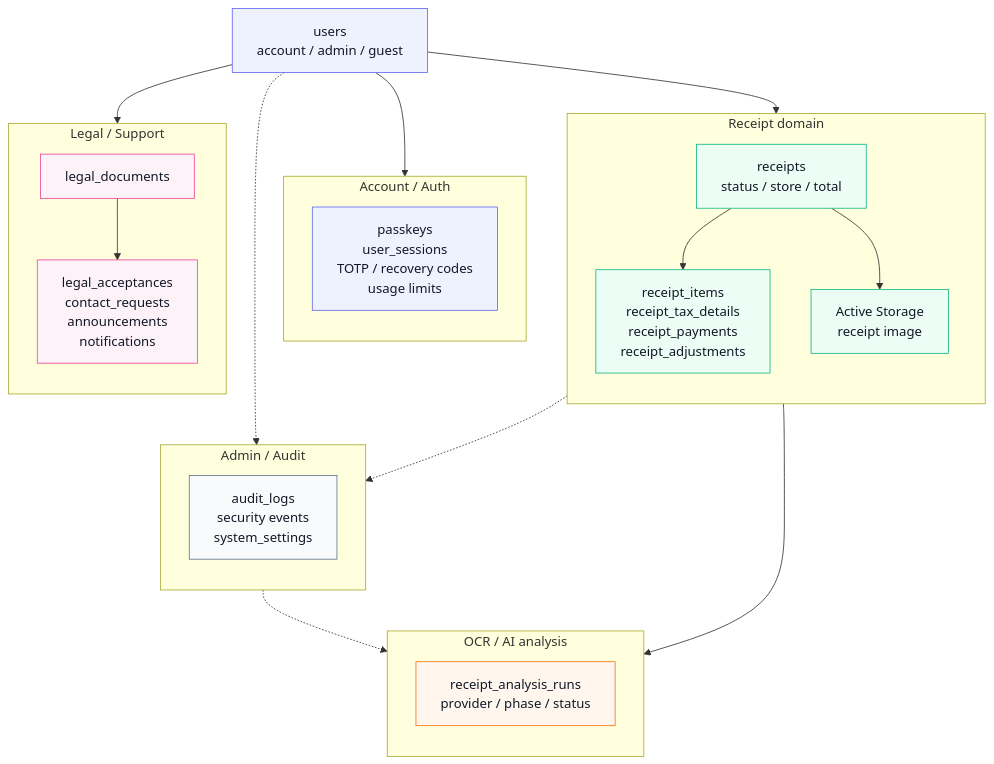
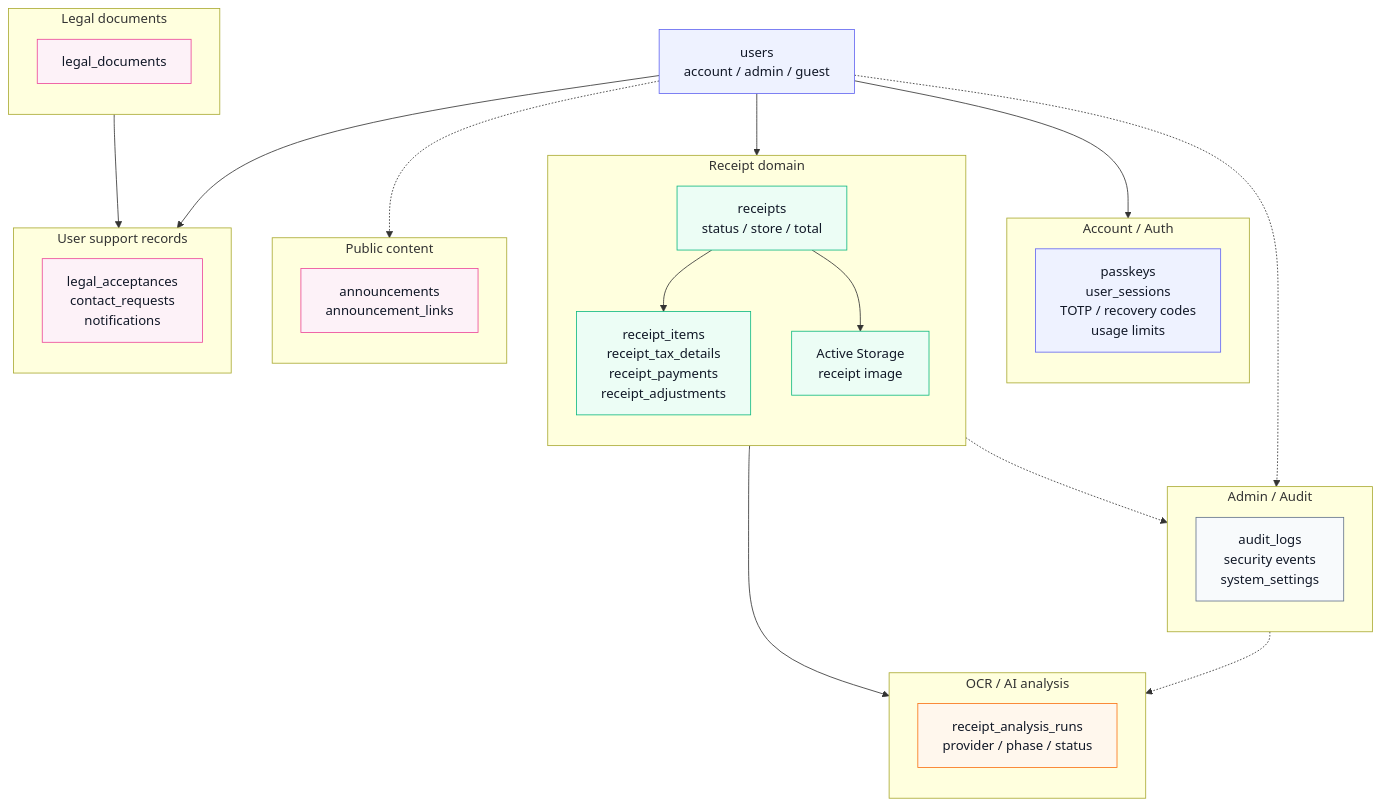
Before and after one commit to matsumoto219/Recify: the diagram in README.md, drawn with Mermaid. The commit also changed other lines of this file and 2 other files, not shown here.

````diff
--- a/README.md
+++ b/README.md
@@ -140,55 +168,65 @@
 ```mermaid
 flowchart TB
   users["users<br/>account / admin / guest"]
 
   subgraph auth["Account / Auth"]
     direction TB
     auth_records["passkeys<br/>user_sessions<br/>TOTP / recovery codes<br/>usage limits"]
   end
 
   subgraph receipt["Receipt domain"]
     direction TB
     receipts["receipts<br/>status / store / total"]
     receipt_details["receipt_items<br/>receipt_tax_details<br/>receipt_payments<br/>receipt_adjustments"]
     attachments["Active Storage<br/>receipt image"]
   end
 
   subgraph analysis["OCR / AI analysis"]
     direction TB
     runs["receipt_analysis_runs<br/>provider / phase / status"]
   end
 
-  subgraph support["Legal / Support"]
+  subgraph legal["Legal documents"]
     direction TB
     legal_documents["legal_documents"]
-    support_records["legal_acceptances<br/>contact_requests<br/>announcements<br/>notifications"]
+  end
+
+  subgraph content["Public content"]
+    direction TB
+    public_content["announcements<br/>announcement_links"]
+  end
+
+  subgraph support["User support records"]
+    direction TB
+    support_records["legal_acceptances<br/>contact_requests<br/>notifications"]
   end
 
   subgraph ops["Admin / Audit"]
     direction TB
     ops_records["audit_logs<br/>security events<br/>system_settings"]
   end
 
   users --> auth_records
   users --> receipts
+  users --> support_records
+  users -.-> public_content
+  users -.-> ops_records
   receipts --> receipt_details
   receipts --> runs
   receipts --> attachments
-  users --> support_records
+  receipts -.-> ops_records
   legal_documents --> support_records
   ops_records -.-> runs
-  users -.-> ops_records
-  receipts -.-> ops_records
 
   classDef account fill:#eef2ff,stroke:#6366f1,color:#111827;
   classDef receipt fill:#ecfdf5,stroke:#10b981,color:#111827;
   classDef analysis fill:#fff7ed,stroke:#f97316,color:#111827;
   classDef support fill:#fdf2f8,stroke:#ec4899,color:#111827;
   classDef ops fill:#f8fafc,stroke:#64748b,color:#111827;
 
   class users,auth_records account;
   class receipts,receipt_details,attachments receipt;
   class runs analysis;
-  class legal_documents,support_records support;
+  class legal_documents,public_content,support_records support;
   class ops_records ops;
 ```
````
